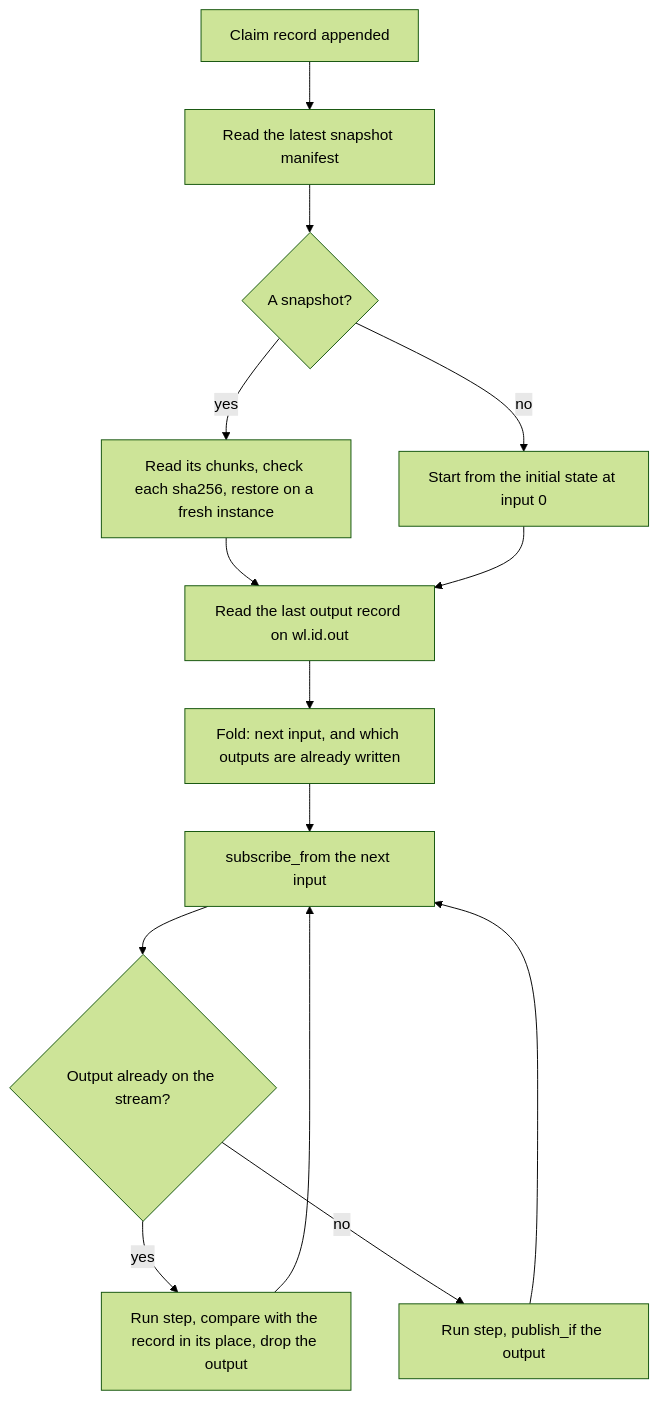
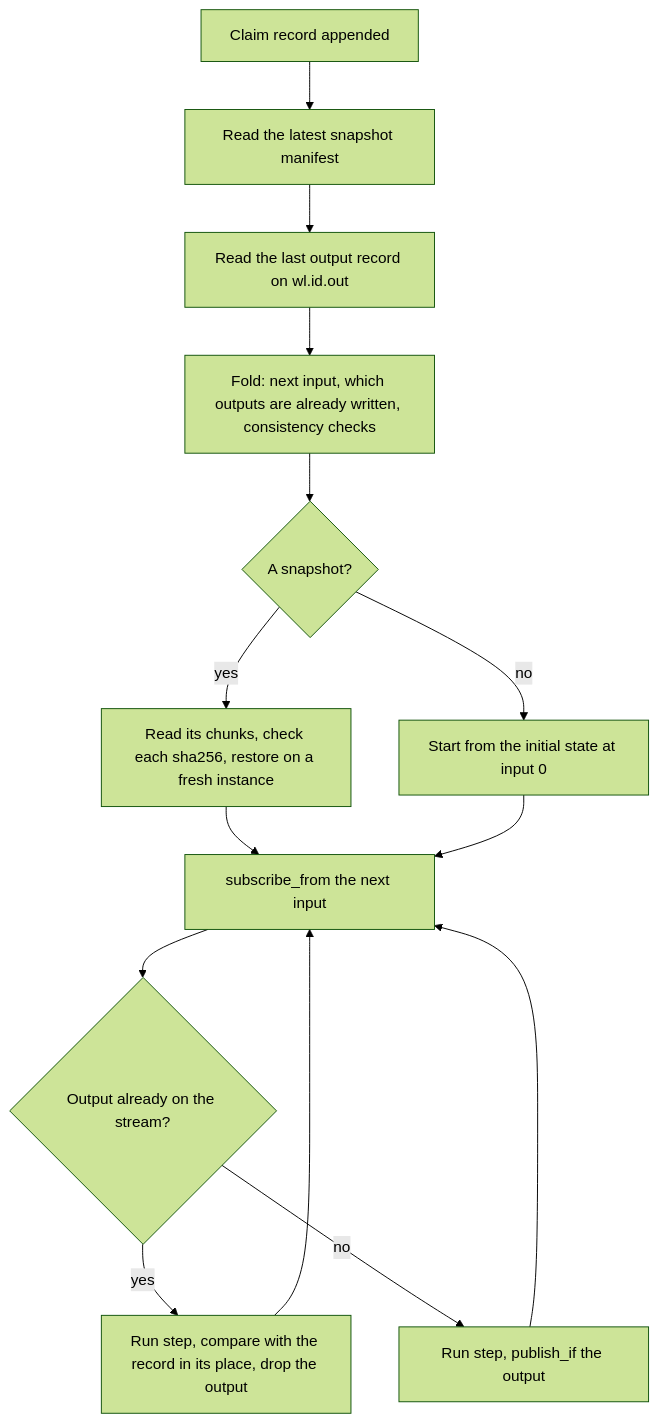
Before and after one commit to GetFelix/felix: the third of 3 diagrams in docs-site/src/content/docs/built-on-felix/felixd/how-it-works.md, drawn with Mermaid (forest theme). The commit also changed other lines of this file and 1 other file, not shown here.

First line of the commit message:
docs(felixd): resume reads the manifest and last output and folds before it restores

````diff
--- a/docs-site/src/content/docs/built-on-felix/felixd/how-it-works.md
+++ b/docs-site/src/content/docs/built-on-felix/felixd/how-it-works.md
@@ -306,16 +310,16 @@
 ```mermaid
 flowchart TD
     A["Claim record appended"] --> B["Read the latest snapshot manifest"]
-    B --> C{"A snapshot?"}
+    B --> F["Read the last output record on wl.id.out"]
+    F --> G["Fold: next input, which outputs are already written, consistency checks"]
+    G --> C{"A snapshot?"}
     C -- yes --> D["Read its chunks, check each sha256, restore on a fresh instance"]
     C -- no --> E["Start from the initial state at input 0"]
-    D --> F["Read the last output record on wl.id.out"]
-    E --> F
-    F --> G["Fold: next input, and which outputs are already written"]
-    G --> H["subscribe_from the next input"]
+    D --> H["subscribe_from the next input"]
+    E --> H
     H --> I{"Output already on the stream?"}
     I -- yes --> J["Run step, compare with the record in its place, drop the output"]
     I -- no --> K["Run step, publish_if the output"]
     J --> H
     K --> H
 ```
````
